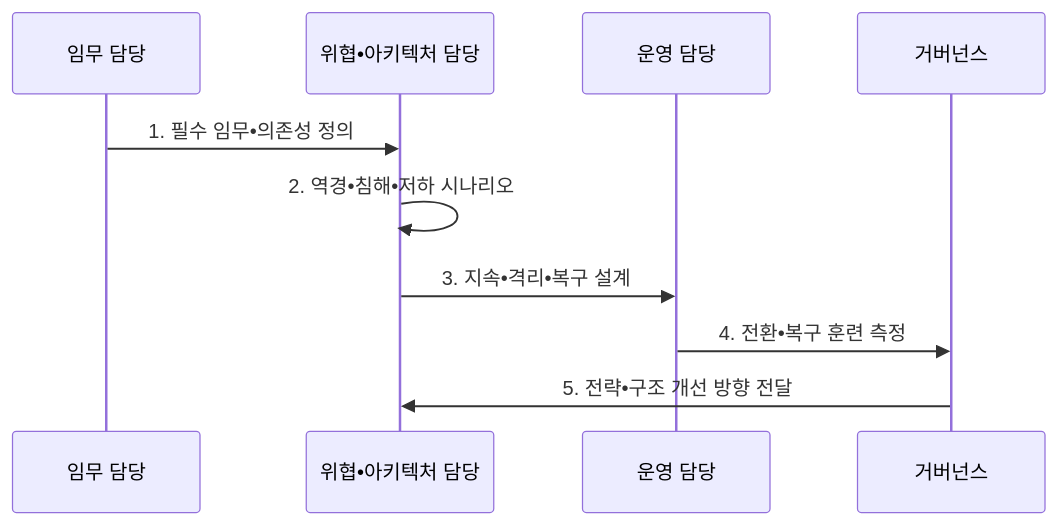
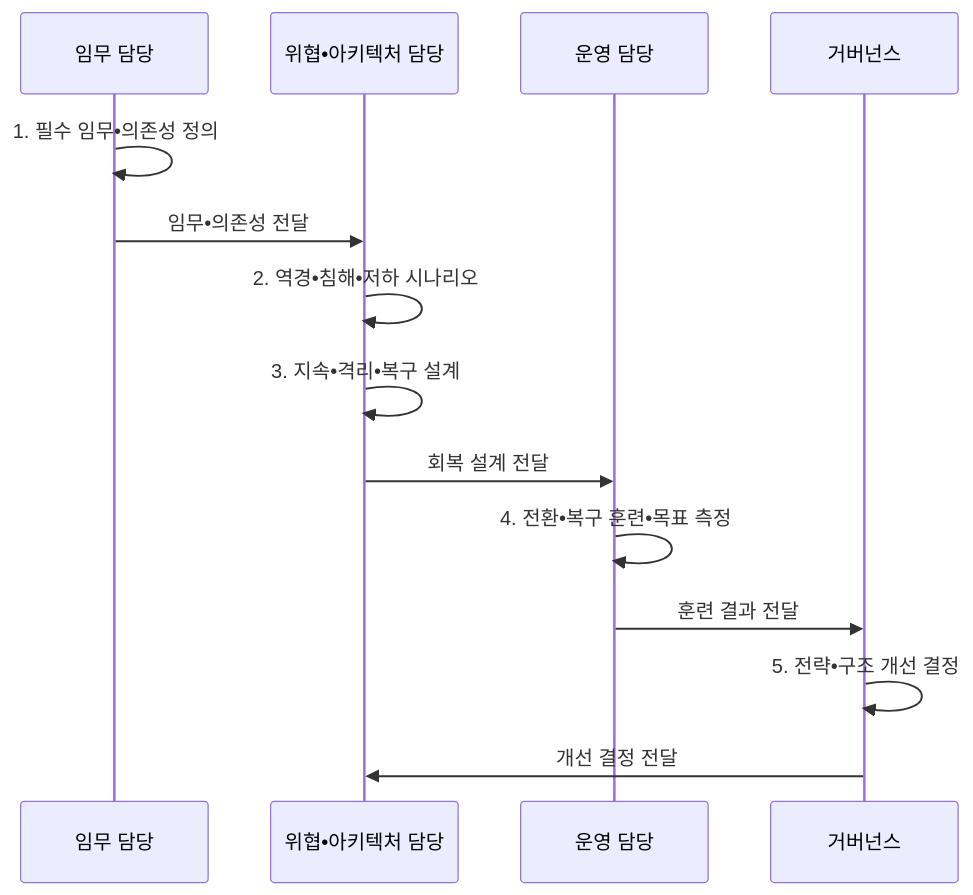
One commit to agnusdei1207/knowledge-base changed the second of 2 diagrams in src/content/docs/notes/05-security/119_cyber_resilience.md. Above: the diagram before and after it, drawn with Mermaid. The commit also changed other lines of this file and 20 other files, not shown here.

````diff
--- a/src/content/docs/notes/05-security/119_cyber_resilience.md
+++ b/src/content/docs/notes/05-security/119_cyber_resilience.md
@@ -99,12 +99,16 @@
 ```mermaid
 sequenceDiagram
   participant M as 임무 담당
   participant A as 위협•아키텍처 담당
   participant O as 운영 담당
   participant G as 거버넌스
-  M->>A: 1. 필수 임무•의존성 정의
+  M->>M: 1. 필수 임무•의존성 정의
+  M->>A: 임무•의존성 전달
   A->>A: 2. 역경•침해•저하 시나리오
-  A->>O: 3. 지속•격리•복구 설계
-  O->>G: 4. 전환•복구 훈련 측정
-  G->>A: 5. 전략•구조 개선 방향 전달
+  A->>A: 3. 지속•격리•복구 설계
+  A->>O: 회복 설계 전달
+  O->>O: 4. 전환•복구 훈련•목표 측정
+  O->>G: 훈련 결과 전달
+  G->>G: 5. 전략•구조 개선 결정
+  G->>A: 개선 결정 전달
 ```
````
